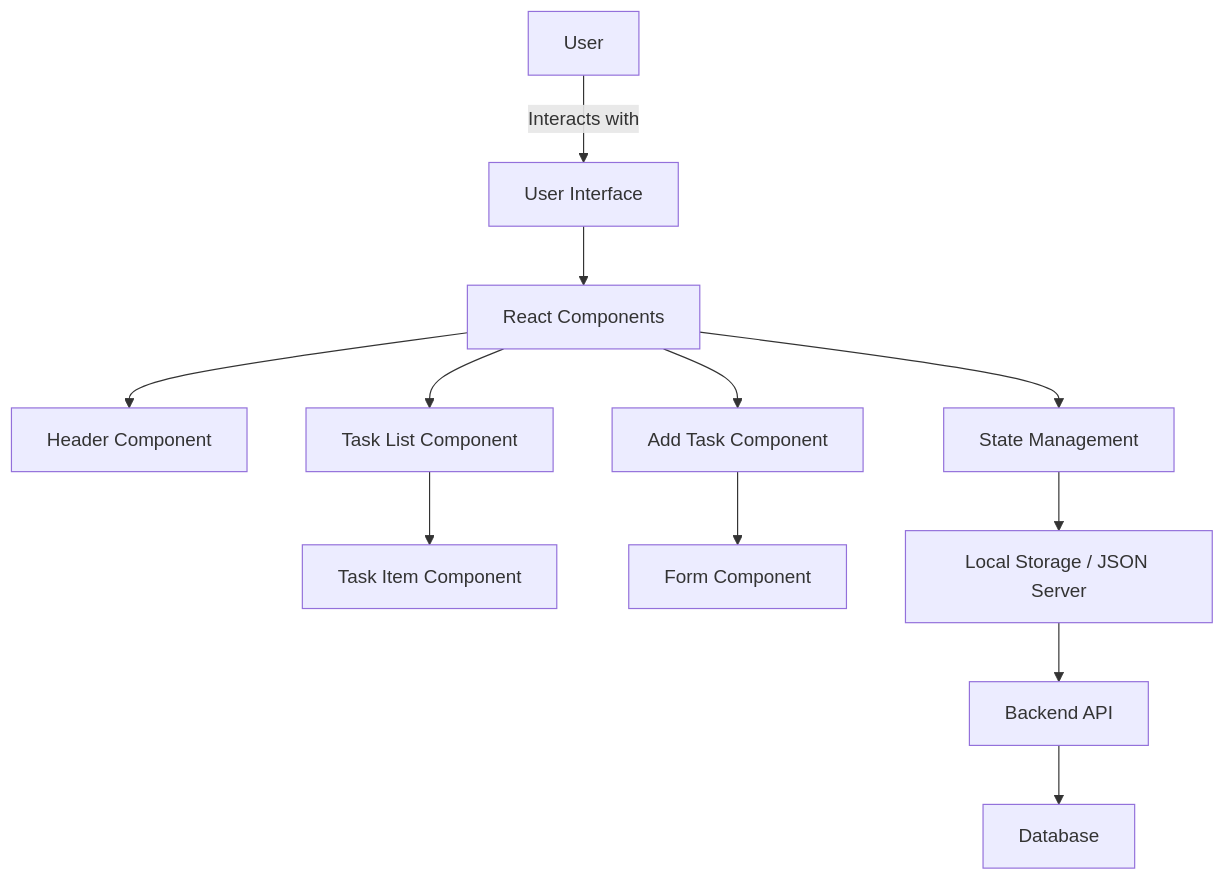
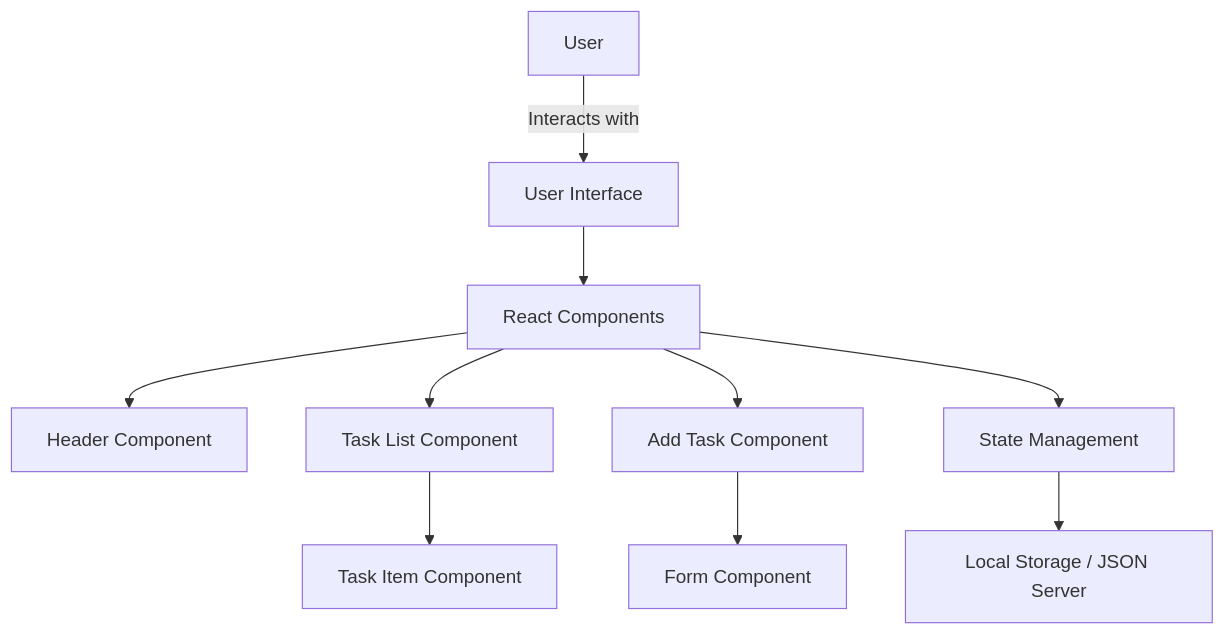
One commit to shahidma85/react-task-tracker changed the diagram in systemdesign.md. Above: the diagram before and after it, drawn with Mermaid.

````diff
--- a/systemdesign.md
+++ b/systemdesign.md
@@ -1,14 +1,12 @@
 ```mermaid
 graph TD;
     A[User] -->|Interacts with| B[User Interface]
     B --> C[React Components]
     C --> D[Header Component]
     C --> E[Task List Component]
     C --> F[Add Task Component]
     E --> G[Task Item Component]
     F --> H[Form Component]
     C --> I[State Management]
     I --> J[Local Storage / JSON Server]
-    J --> K[Backend API]
-    K --> L[Database]
 ```
````
